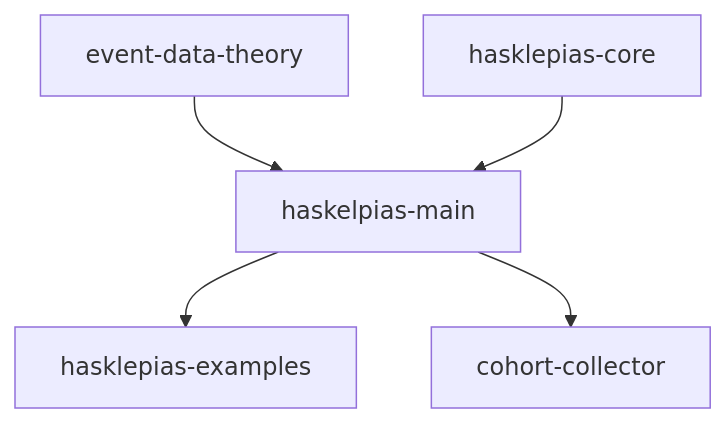
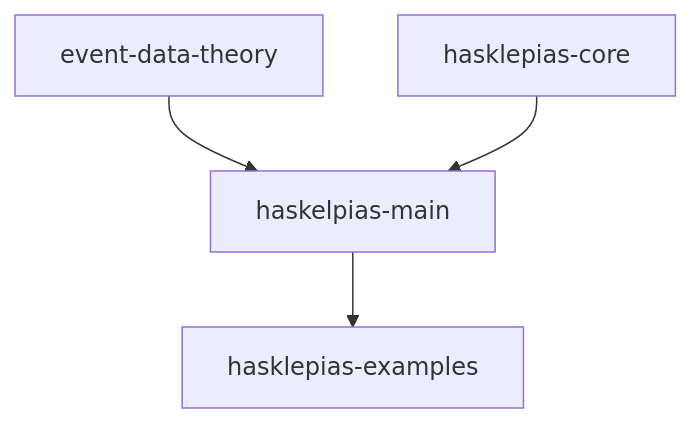
Before and after one commit to novisci/asclepias: the diagram in docs/modules/dev-guide/partials/package-dependencies.adoc, drawn with Mermaid. The commit also changed 3 other files, not shown here.

Commit message:
Resolve "documentation: remove cohort-collector references"

```diff
--- a/docs/modules/dev-guide/partials/package-dependencies.adoc
+++ b/docs/modules/dev-guide/partials/package-dependencies.adoc
@@ -3,9 +3,8 @@
 [mermaid]   
 .... 
 graph TD
   A["event-data-theory"]
   A --> C
   B["hasklepias-core"] --> C["haskelpias-main"]
   C --> D["hasklepias-examples"]
-  C --> E["cohort-collector"]
 ....
```
